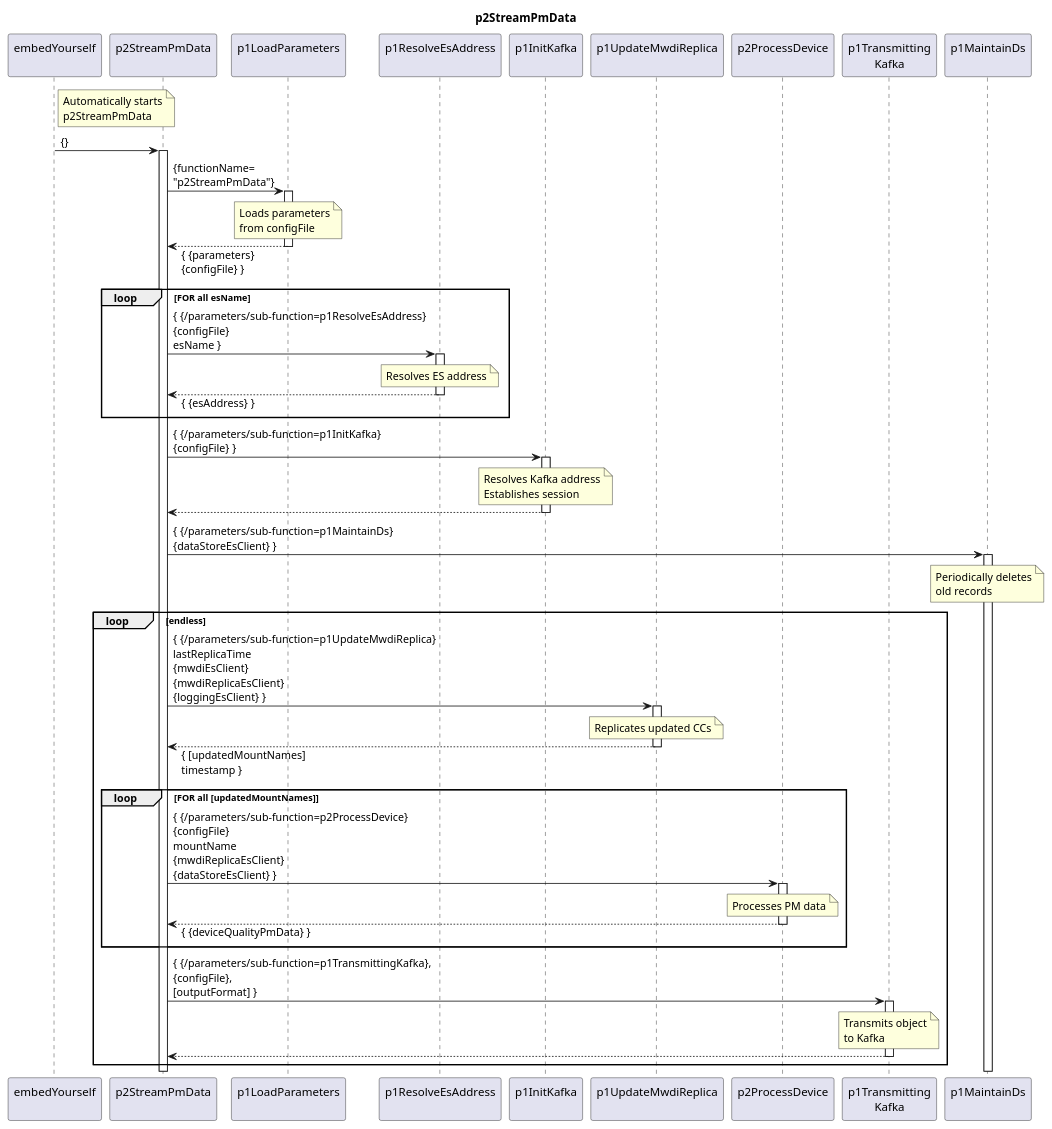
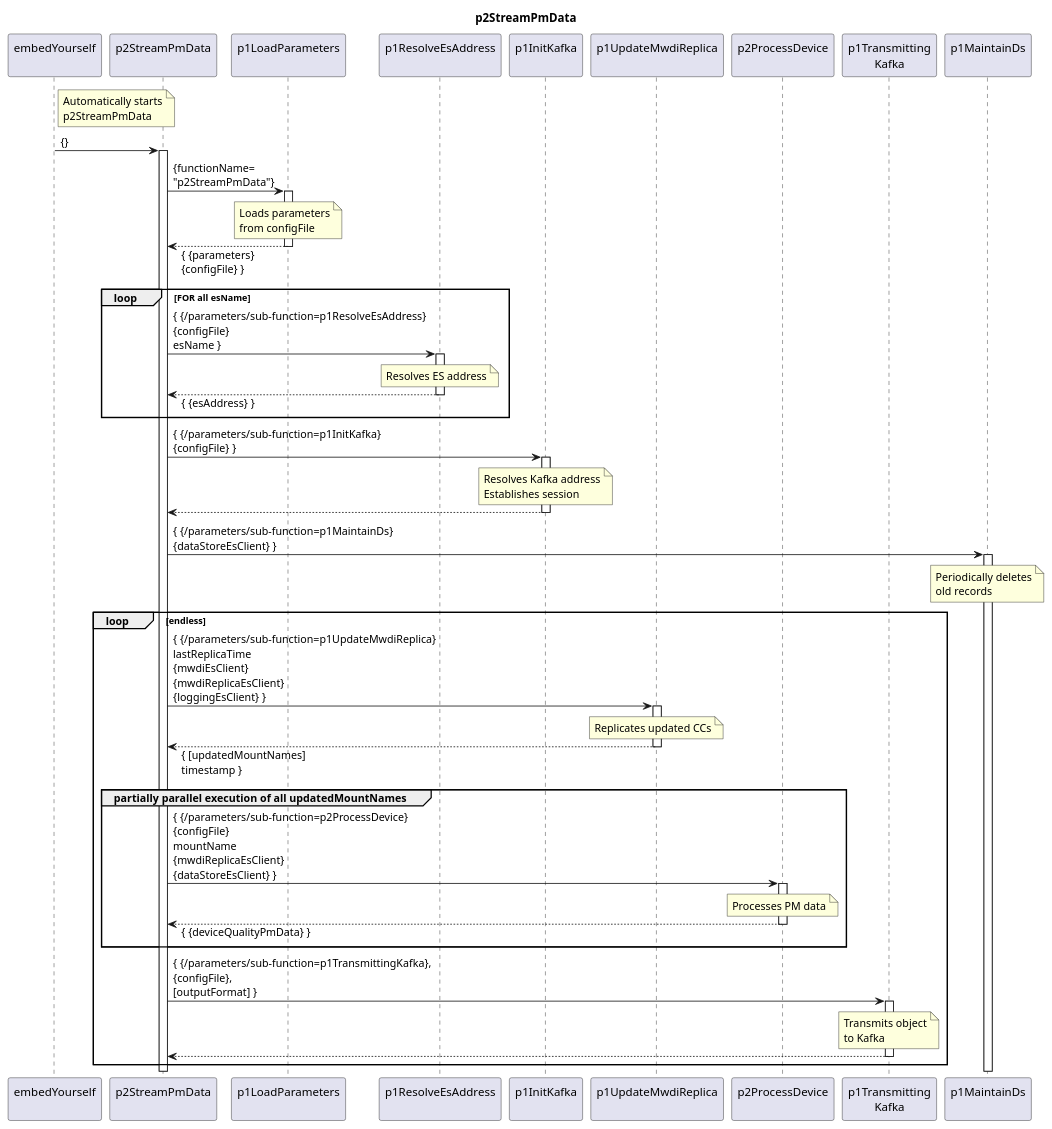
The diagram in spec/Functions/p2StreamPmData/1.0.0/p2StreamPmData.plantuml (openBackhaul/DevicePerformanceManagementDataProcessor), drawn with PlantUML before and after one commit. The commit also changed 11 other files, not shown here.

Commit message:
Change from loop to partially parallel execution of p2ProcessDevice (fixes #203)

```diff
--- a/spec/Functions/p2StreamPmData/1.0.0/p2StreamPmData.plantuml
+++ b/spec/Functions/p2StreamPmData/1.0.0/p2StreamPmData.plantuml
@@ -1,95 +1,95 @@
 @startuml p2StreamPmData
 skinparam responseMessageBelowArrow true
 
 title
   p2StreamPmData
 end title
 
 participant "embedYourself\n" as embed
 participant "p2StreamPmData\n" as p2Stream
 participant "p1LoadParameters\n" as p1LP
 participant "p1ResolveEsAddress\n" as p1REA
 participant "p1InitKafka\n" as p1InitKafka
 participant "p1UpdateMwdiReplica\n" as p1UMR
 participant "p2ProcessDevice\n" as p2ProcessDev
 participant "p1Transmitting\nKafka" as p1Trans
 participant "p1MaintainDs\n" as p1MDS
 
 note right embed
   Automatically starts
   p2StreamPmData
 end note
 embed -> p2Stream : {}
 activate p2Stream
 
   p2Stream -> p1LP : {functionName=\n"p2StreamPmData"}
   activate p1LP
     note over p1LP
       Loads parameters
       from configFile
     end note
   p2Stream <-- p1LP : { {parameters}\n{configFile} }
   deactivate p1LP
 
-  Loop FOR all esName
+  loop FOR all esName
     p2Stream -> p1REA : { {/parameters/sub-function=p1ResolveEsAddress}\n{configFile}\nesName }
     activate p1REA
       note over p1REA
         Resolves ES address
       end note
     p2Stream <-- p1REA : { {esAddress} }
     deactivate p1REA
-  end Loop
+  end loop
 
     p2Stream -> p1InitKafka : { {/parameters/sub-function=p1InitKafka}\n{configFile} }
     activate p1InitKafka
 
       note over p1InitKafka
         Resolves Kafka address
         Establishes session
       end note
 
     p2Stream <-- p1InitKafka
     deactivate p1InitKafka
 
   p2Stream -> p1MDS : { {/parameters/sub-function=p1MaintainDs}\n{dataStoreEsClient} }
   activate p1MDS
     note over p1MDS
       Periodically deletes
       old records
     end note
 
   loop endless
 
     p2Stream -> p1UMR : { {/parameters/sub-function=p1UpdateMwdiReplica}\nlastReplicaTime\n{mwdiEsClient}\n{mwdiReplicaEsClient}\n{loggingEsClient} }
     activate p1UMR
       note over p1UMR
         Replicates updated CCs
       end note
     p2Stream <-- p1UMR : { [updatedMountNames]\ntimestamp }
     deactivate p1UMR
 
-    loop FOR all [updatedMountNames]
+    group partially parallel execution of all updatedMountNames
       p2Stream -> p2ProcessDev : { {/parameters/sub-function=p2ProcessDevice}\n{configFile}\nmountName\n{mwdiReplicaEsClient}\n{dataStoreEsClient} }
       activate p2ProcessDev
         note over p2ProcessDev
           Processes PM data
         end note
       p2Stream <-- p2ProcessDev: { {deviceQualityPmData} }
       deactivate p2ProcessDev
-    end loop
+    end group
 
   p2Stream -> p1Trans : { {/parameters/sub-function=p1TransmittingKafka},\n{configFile},\n[outputFormat] }
   activate p1Trans
 
     note over p1Trans
       Transmits object
       to Kafka
     end note
 
   p2Stream <-- p1Trans
   deactivate p1Trans
 
   end loop
 
 @enduml
```
